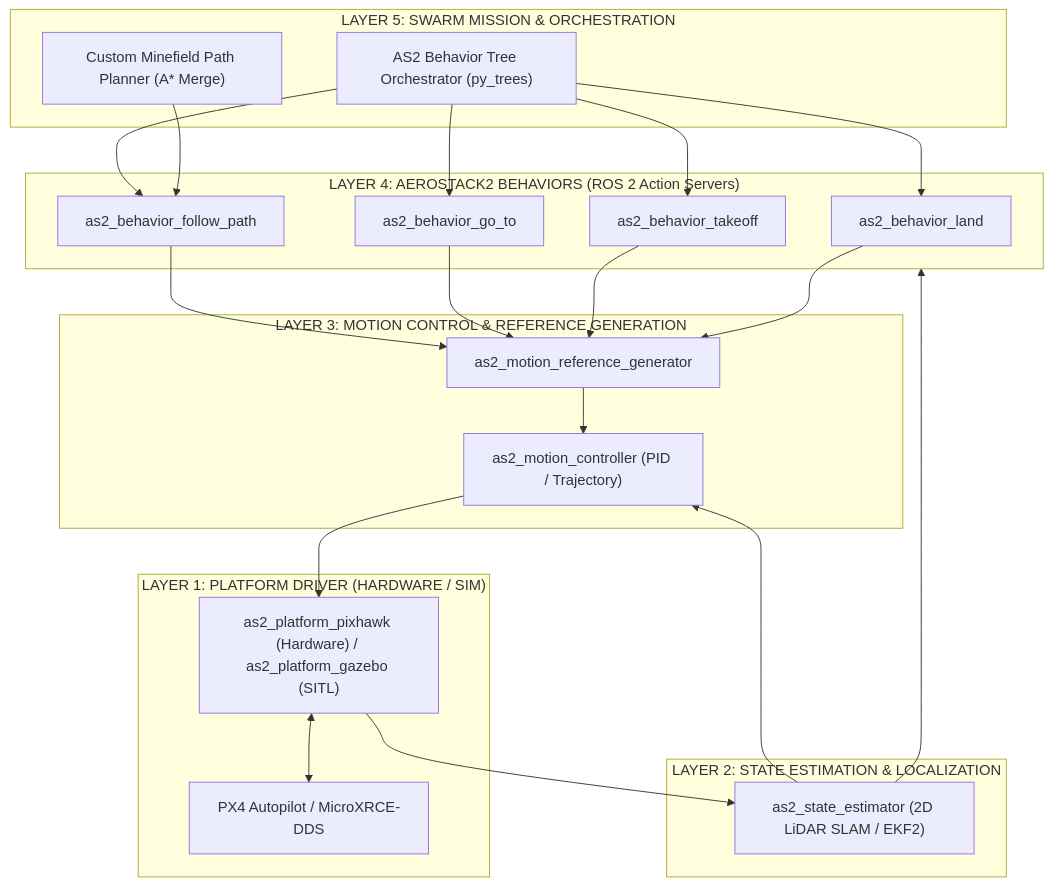
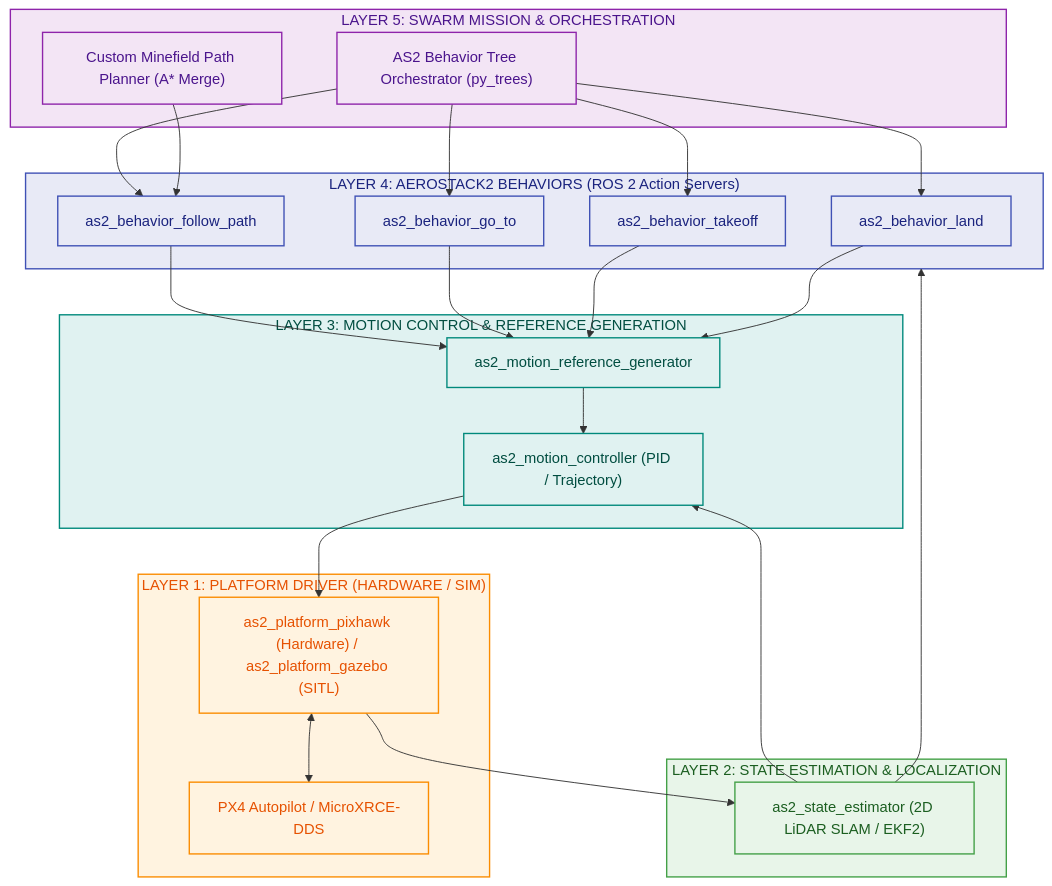
The first of 2 diagrams in aerostack2_swarm_architecture.md (AnuragGupta181/drone-mine-detection), drawn with Mermaid before and after one commit. The commit also changed 28 other files, not shown here.

````diff
--- a/aerostack2_swarm_architecture.md
+++ b/aerostack2_swarm_architecture.md
@@ -39,44 +39,57 @@
 ```mermaid
 flowchart TD
+    %% Subtle Color Styling
+    classDef mission fill:#f3e5f5,stroke:#8e24aa,stroke-width:1.5px,color:#4a148c;
+    classDef behavior fill:#e8eaf6,stroke:#3f51b5,stroke-width:1.5px,color:#1a237e;
+    classDef motion fill:#e0f2f1,stroke:#00897b,stroke-width:1.5px,color:#004d40;
+    classDef est fill:#e8f5e9,stroke:#43a047,stroke-width:1.5px,color:#1b5e20;
+    classDef platform fill:#fff3e0,stroke:#fb8c00,stroke-width:1.5px,color:#e65100;
+
     subgraph MissionLayer["LAYER 5: SWARM MISSION & ORCHESTRATION"]
         BT["AS2 Behavior Tree Orchestrator (py_trees)"]
         MinePlanner["Custom Minefield Path Planner (A* Merge)"]
     end
 
     subgraph BehaviorLayer["LAYER 4: AEROSTACK2 BEHAVIORS (ROS 2 Action Servers)"]
         Takeoff["as2_behavior_takeoff"]
         Land["as2_behavior_land"]
         GoTo["as2_behavior_go_to"]
         FollowPath["as2_behavior_follow_path"]
     end
 
     subgraph MotionLayer["LAYER 3: MOTION CONTROL & REFERENCE GENERATION"]
         RefGen["as2_motion_reference_generator"]
         Controller["as2_motion_controller (PID / Trajectory)"]
     end
 
     subgraph EstimationLayer["LAYER 2: STATE ESTIMATION & LOCALIZATION"]
         StateEst["as2_state_estimator (2D LiDAR SLAM / EKF2)"]
     end
 
     subgraph PlatformLayer["LAYER 1: PLATFORM DRIVER (HARDWARE / SIM)"]
         PixhawkPlatform["as2_platform_pixhawk (Hardware) / as2_platform_gazebo (SITL)"]
         PX4["PX4 Autopilot / MicroXRCE-DDS"]
     end
 
     BT --> Takeoff
     BT --> Land
     BT --> GoTo
     BT --> FollowPath
     MinePlanner --> FollowPath
     FollowPath --> RefGen
     GoTo --> RefGen
     Takeoff --> RefGen
     Land --> RefGen
     RefGen --> Controller
     Controller --> PixhawkPlatform
     PixhawkPlatform <--> PX4
     PixhawkPlatform --> StateEst
     StateEst --> Controller
     StateEst --> BehaviorLayer
+
+    class MissionLayer,BT,MinePlanner mission;
+    class BehaviorLayer,Takeoff,Land,GoTo,FollowPath behavior;
+    class MotionLayer,RefGen,Controller motion;
+    class EstimationLayer,StateEst est;
+    class PlatformLayer,PixhawkPlatform,PX4 platform;
 ```
````
